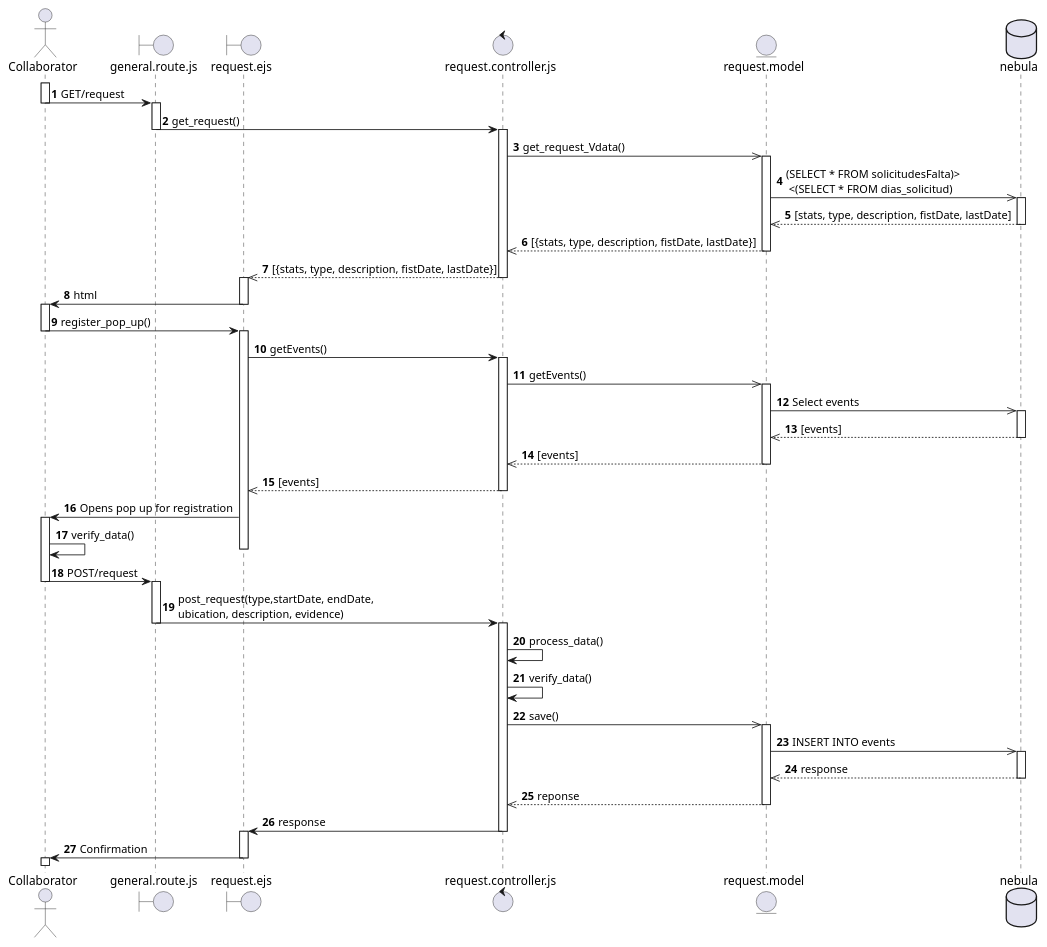
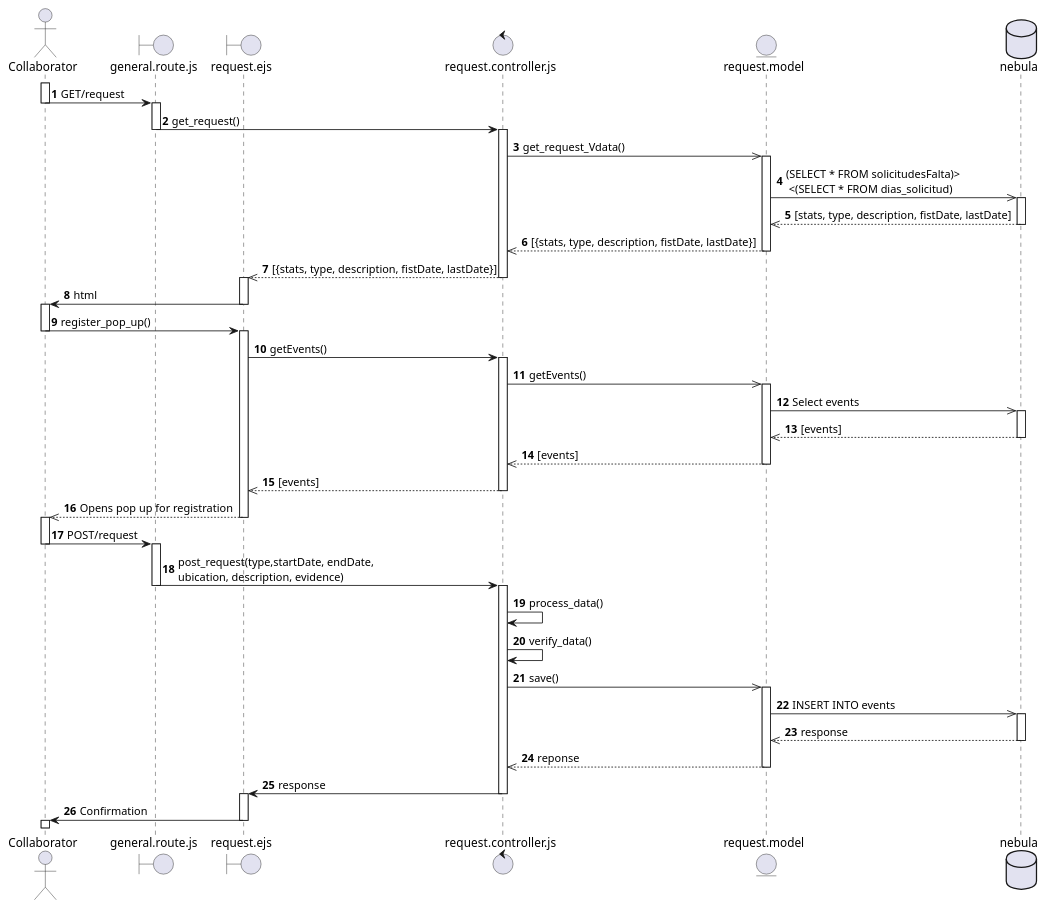
One commit to SALV19/Nebula_tc2005b changed the diagram in diagramas_secuencia/req_8.puml. Above: the diagram before and after it, drawn with PlantUML.

Commit message:
[ADD] Merge develop

```diff
--- a/diagramas_secuencia/req_8.puml
+++ b/diagramas_secuencia/req_8.puml
@@ -1,96 +1,97 @@
 @startuml Prueba
 autonumber
 actor Collaborator
 boundary general.route.js as gRoutes
 boundary request.ejs as rView
 control request.controller.js as rController
 entity request.model as rModel
 database nebula as neb
 
 activate Collaborator
 Collaborator -> gRoutes : GET/request
 deactivate Collaborator
 
 activate gRoutes
 gRoutes -> rController: get_request()
 deactivate gRoutes
 
 activate rController
 rController ->> rModel: get_request_Vdata()
 
 activate rModel
 rModel ->> neb: (SELECT * FROM solicitudesFalta)>\n <(SELECT * FROM dias_solicitud)
 
 activate neb
 neb-->> rModel: [stats, type, description, fistDate, lastDate]
 deactivate neb
 
 rModel -->> rController: [{stats, type, description, fistDate, lastDate}]
 deactivate rModel
 
 rController -->> rView: [{stats, type, description, fistDate, lastDate}]
 deactivate rController
 
 activate rView
 rView -> Collaborator: html
 deactivate rView
 
 activate Collaborator
 Collaborator -> rView : register_pop_up()
 deactivate Collaborator
 
 activate rView
 rView -> rController : getEvents()
 activate rController
 rController ->> rModel : getEvents()
 activate rModel
 rModel ->> neb : Select events
 activate neb
 neb -->> rModel : [events]
 deactivate neb
 rModel -->> rController : [events]
 deactivate rModel
 rController -->> rView : [events]
 deactivate rController
 
-rView -> Collaborator : Opens pop up for registration
-activate Collaborator
-Collaborator -> Collaborator : verify_data()
+rView -->> Collaborator : Opens pop up for registration
 deactivate rView
+activate Collaborator  
+
+
 
 
 Collaborator -> gRoutes :POST/request
 deactivate Collaborator
 
 
 activate gRoutes
 gRoutes -> rController : post_request(type,startDate, endDate, \nubication, description, evidence)
 deactivate gRoutes
 
 ' Pre-procesa información antes de guardarla en db
 ' De rango a dias específicos que se guardan en db
 
 activate rController
 rController -> rController: process_data()
 rController -> rController : verify_data()
 rController ->> rModel: save()
 
 activate rModel
 rModel ->> neb : INSERT INTO events
 activate neb
 neb -->> rModel : response
 deactivate neb
 rModel -->> rController : reponse
 deactivate rModel
 rController -> rView : response
 deactivate rController
 activate rView 
 rView -> Collaborator : Confirmation
 deactivate rView
 activate Collaborator
 
 
 
 
 
 @enduml
```
